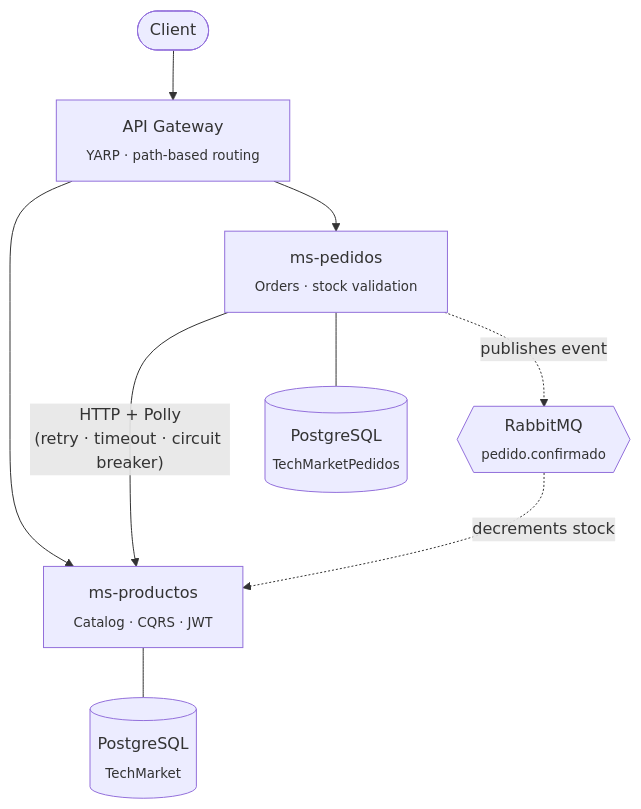
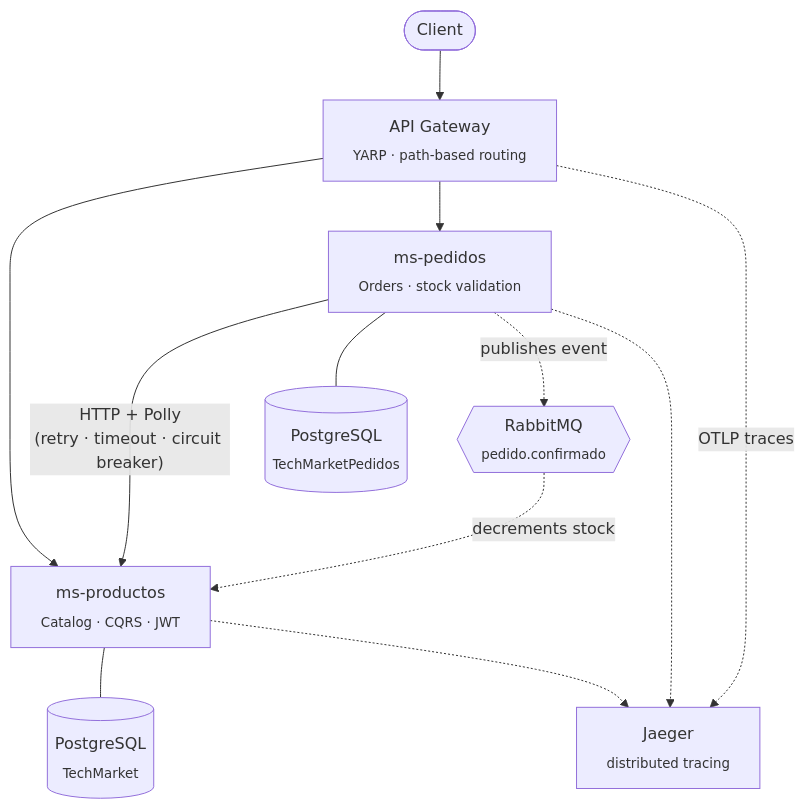
Before and after one commit to iliana212/TechMarket: the diagram in README.en.md, drawn with Mermaid. The commit also changed other lines of this file and 13 other files, not shown here.

Commit message:
Add Observability with distributed tracing (OpenTelemetry - Jaeger)

````diff
--- a/README.en.md
+++ b/README.en.md
@@ -20,19 +20,23 @@
 ```mermaid
 graph TB
     Client([Client])
     Gateway["API Gateway<br/><sub>YARP · path-based routing</sub>"]
     Productos["ms-productos<br/><sub>Catalog · CQRS · JWT</sub>"]
     Pedidos["ms-pedidos<br/><sub>Orders · stock validation</sub>"]
     DBProd[("PostgreSQL<br/><sub>TechMarket</sub>")]
     DBPed[("PostgreSQL<br/><sub>TechMarketPedidos</sub>")]
     Rabbit{{"RabbitMQ<br/><sub>pedido.confirmado</sub>"}}
+    Jaeger["Jaeger<br/><sub>distributed tracing</sub>"]
 
     Client --> Gateway
     Gateway --> Productos
     Gateway --> Pedidos
     Pedidos -- "HTTP + Polly<br/>(retry · timeout · circuit breaker)" --> Productos
     Productos --- DBProd
     Pedidos --- DBPed
     Pedidos -. "publishes event" .-> Rabbit
     Rabbit -. "decrements stock" .-> Productos
+    Gateway -. "OTLP traces" .-> Jaeger
+    Productos -.-> Jaeger
+    Pedidos -.-> Jaeger
 ```
````
